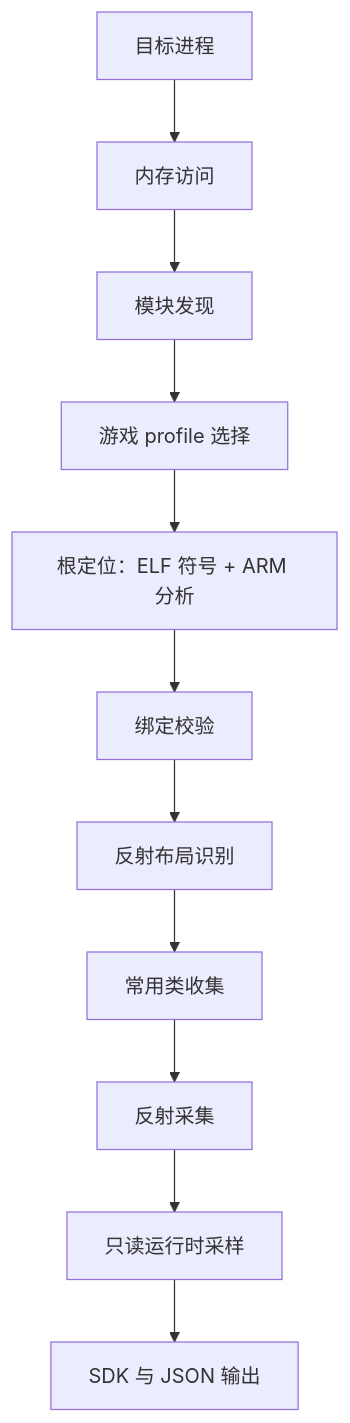
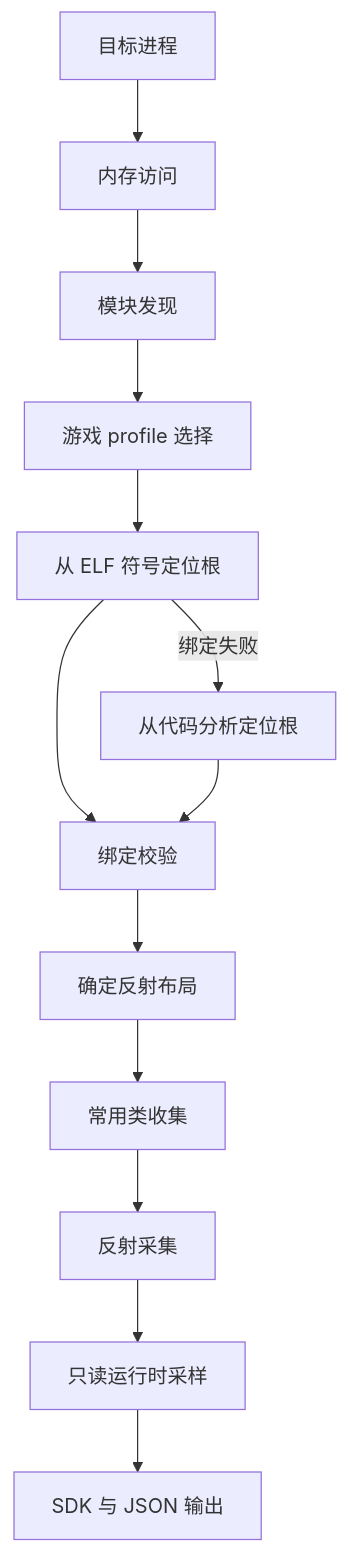
Before and after one commit to Ezeny1337/NextDumper: the diagram in README_zh.md, drawn with Mermaid. The commit also changed other lines of this file and 1 other file, not shown here.

````diff
--- a/README_zh.md
+++ b/README_zh.md
@@ -33,13 +33,15 @@
 ```mermaid
 flowchart TD
     A[目标进程] --> B[内存访问]
     B --> C[模块发现]
     C --> D[游戏 profile 选择]
-    D --> E[根定位：ELF 符号 + ARM 分析]
+    D --> E[从 ELF 符号定位根]
+    E -->|绑定失败| E2[从代码分析定位根]
     E --> F[绑定校验]
-    F --> G[反射布局识别]
+    E2 --> F
+    F --> G[确定反射布局]
     G --> H[常用类收集]
     H --> I[反射采集]
     I --> J[只读运行时采样]
     J --> K[SDK 与 JSON 输出]
 ```
````
